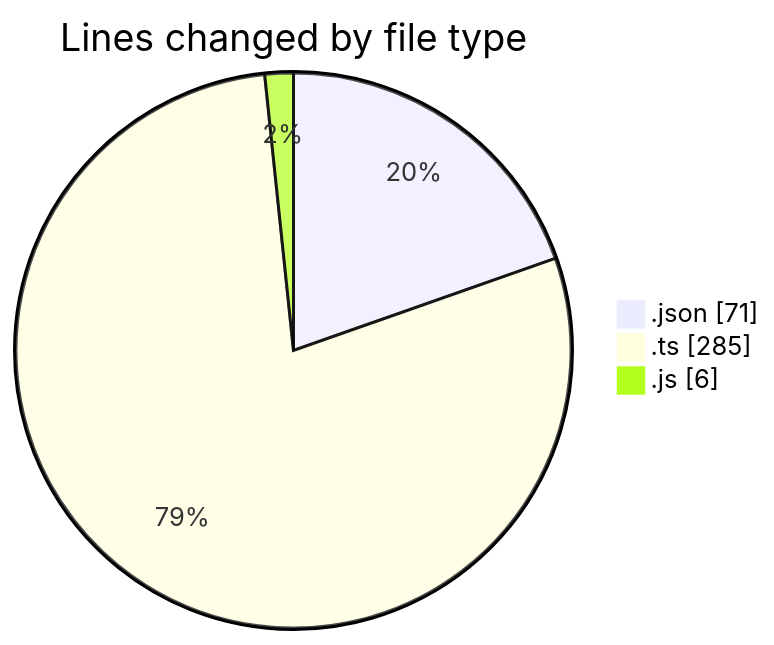
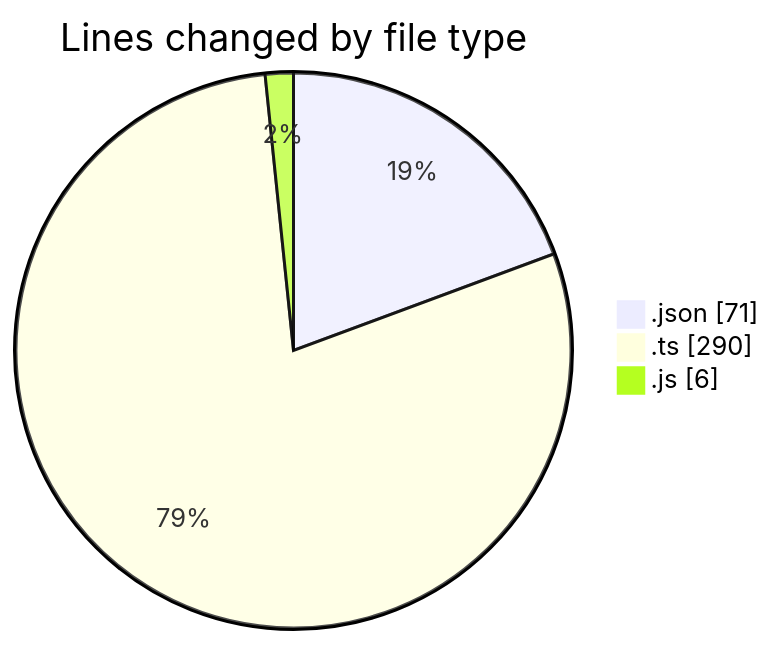
One commit to momahboobian/code-tracking changed the first of 2 diagrams in 2025-02-06/cda/README.md. Above: the diagram before and after it, drawn with Mermaid. The commit also changed other lines of this file and 1 other file, not shown here.

````diff
--- a/2025-02-06/cda/README.md
+++ b/2025-02-06/cda/README.md
@@ -25,7 +25,7 @@
 ```mermaid
 pie showData
 title Lines changed by file type
 ".json" : 71
-".ts" : 285
+".ts" : 290
 ".js" : 6
 ```
````
